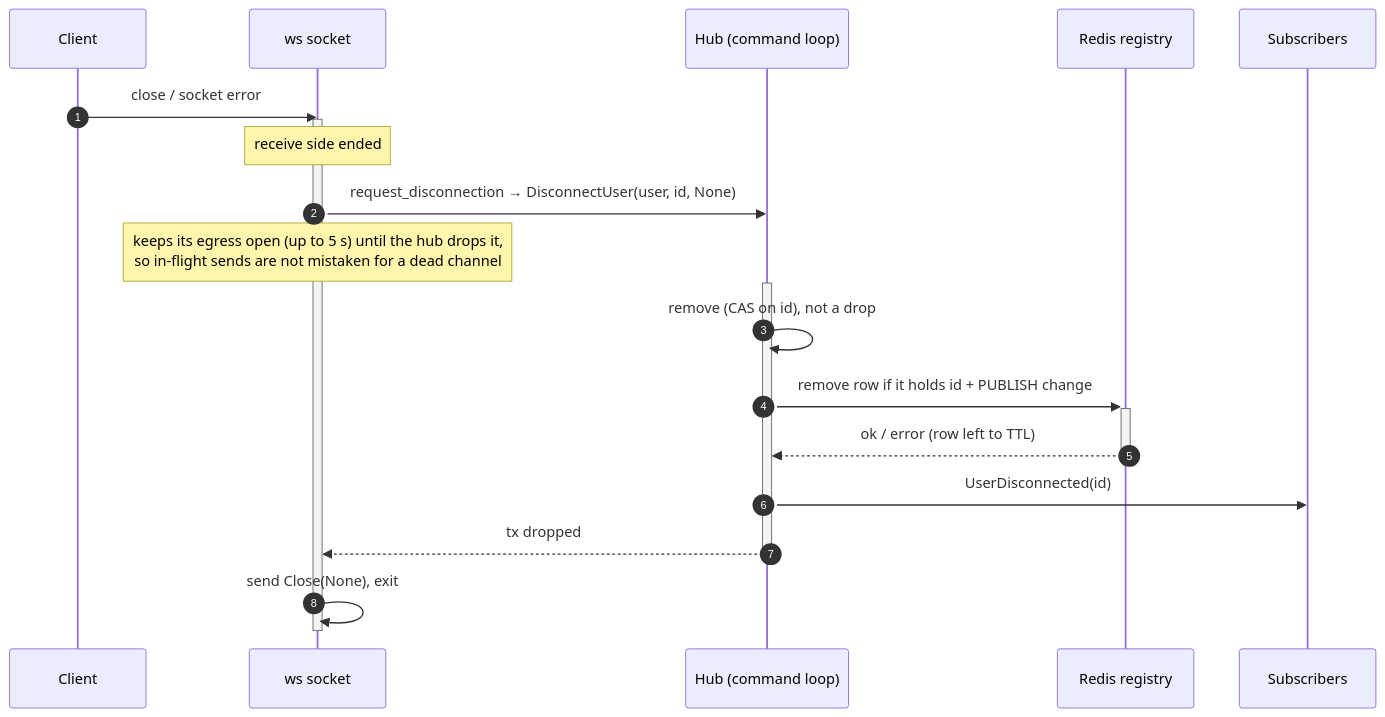
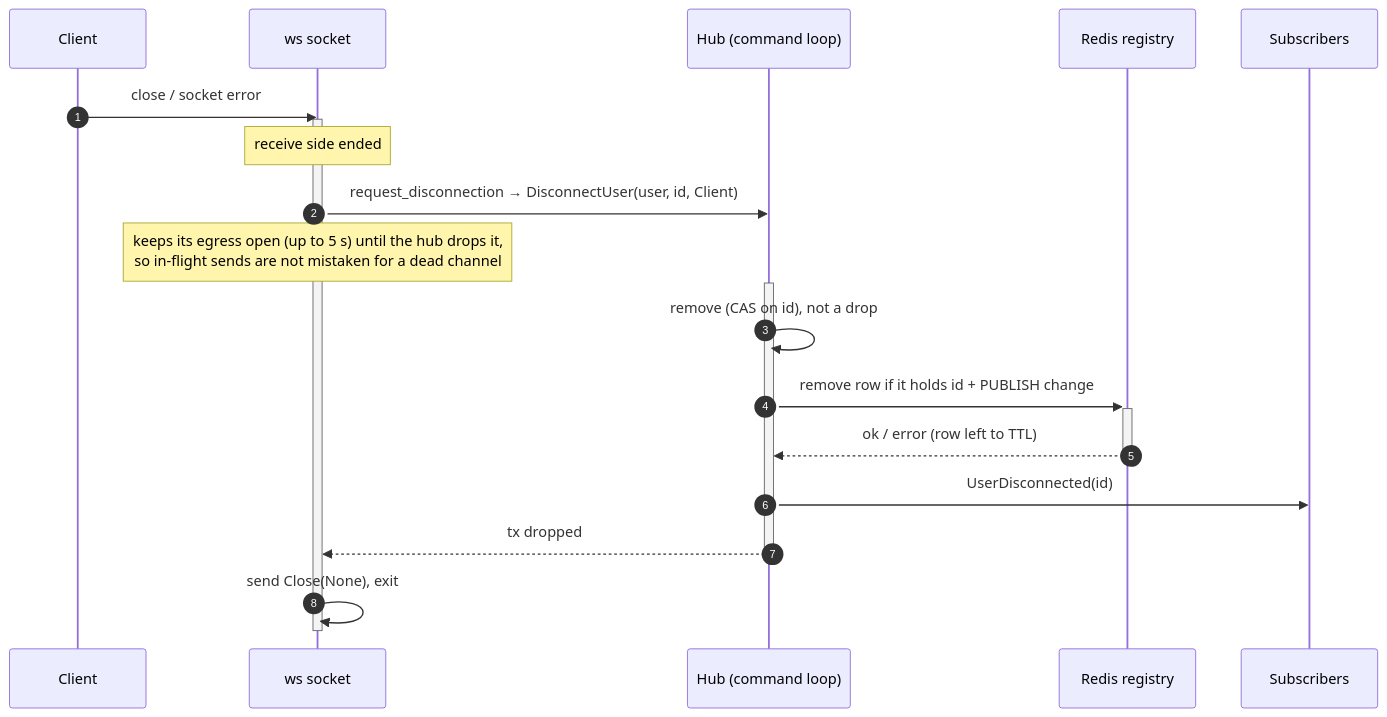
Before and after one commit to gzp79/shine-services: the third of 12 diagrams in docs/services/builder/hub.md, drawn with Mermaid. The commit also changed other lines of this file and 3 other files, not shown here.

````diff
--- a/docs/services/builder/hub.md
+++ b/docs/services/builder/hub.md
@@ -131,24 +132,24 @@
 ```mermaid
 sequenceDiagram
     autonumber
     participant C as Client
     participant WS as ws socket
     participant H as Hub (command loop)
     participant R as Redis registry
     participant S as Subscribers
 
     C->>WS: close / socket error
     activate WS
     Note over WS: receive side ended
-    WS->>H: request_disconnection → DisconnectUser(user, id, None)
+    WS->>H: request_disconnection → DisconnectUser(user, id, Client)
     Note over WS: keeps its egress open (up to 5 s) until the hub drops it,<br/>so in-flight sends are not mistaken for a dead channel
     activate H
     H->>H: remove (CAS on id), not a drop
     H->>+R: remove row if it holds id + PUBLISH change
     R-->>-H: ok / error (row left to TTL)
     H->>S: UserDisconnected(id)
     H-->>WS: tx dropped
     deactivate H
     WS->>WS: send Close(None), exit
     deactivate WS
 ```
````
